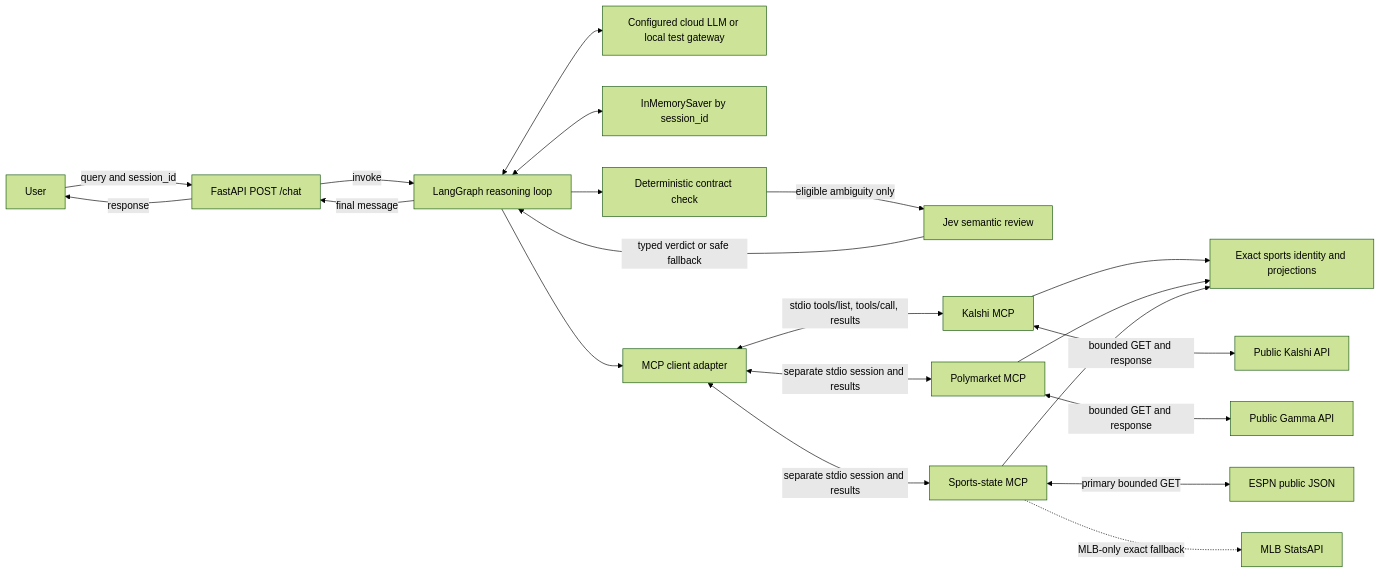
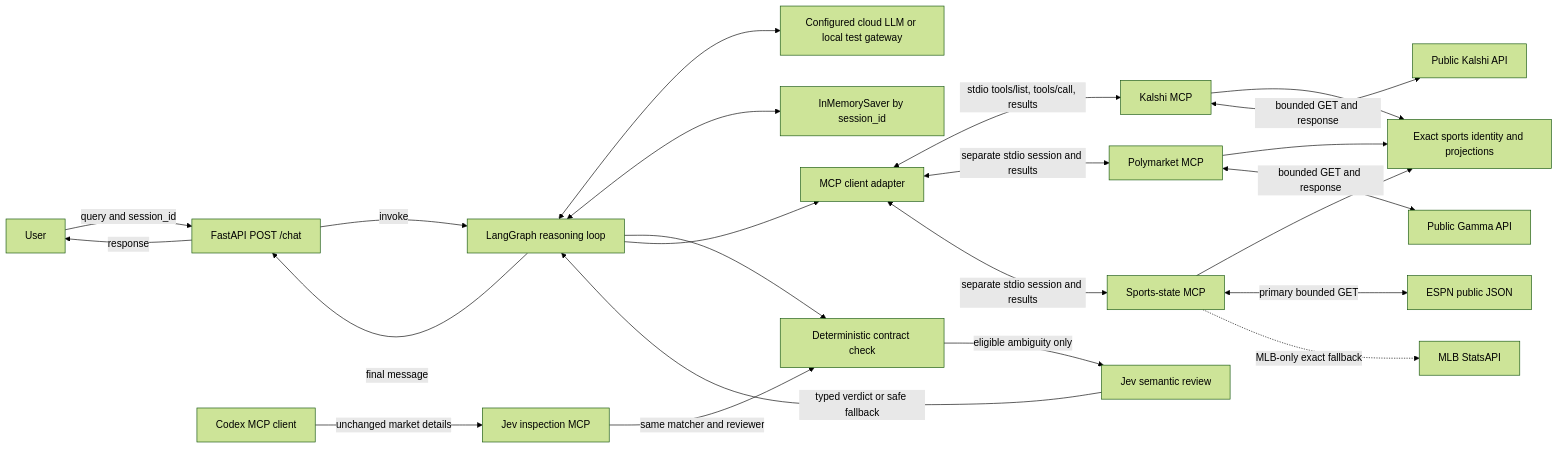
The first of 3 diagrams in README.md (waderylan/prediction-market-agent), drawn with Mermaid (forest theme) before and after one commit. The commit also changed other lines of this file and 10 other files, not shown here.

First line of the commit message:
Expose Jev review through MCP

````diff
--- a/README.md
+++ b/README.md
@@ -254,23 +270,25 @@
 ```mermaid
 flowchart LR
     U[User] -->|query and session_id| F[FastAPI POST /chat]
     F -->|response| U
     F -->|invoke| G[LangGraph reasoning loop]
     G -->|final message| F
     G <--> L[Configured cloud LLM or local test gateway]
     G <--> M[InMemorySaver by session_id]
     G --> C[Deterministic contract check]
     C -->|eligible ambiguity only| J[Jev semantic review]
     J -->|typed verdict or safe fallback| G
+    X[Codex MCP client] -->|unchanged market details| JM[Jev inspection MCP]
+    JM -->|same matcher and reviewer| C
     G --> A[MCP client adapter]
     A <-->|stdio tools/list, tools/call, results| K[Kalshi MCP]
     A <-->|separate stdio session and results| P[Polymarket MCP]
     A <-->|separate stdio session and results| SS[Sports-state MCP]
     K --> S[Exact sports identity and projections]
     P --> S
     SS --> S
     K <-->|bounded GET and response| KA[Public Kalshi API]
     P <-->|bounded GET and response| PA[Public Gamma API]
     SS <-->|primary bounded GET| ESPN[ESPN public JSON]
     SS -.->|MLB-only exact fallback| MLB[MLB StatsAPI]
 ```
````
